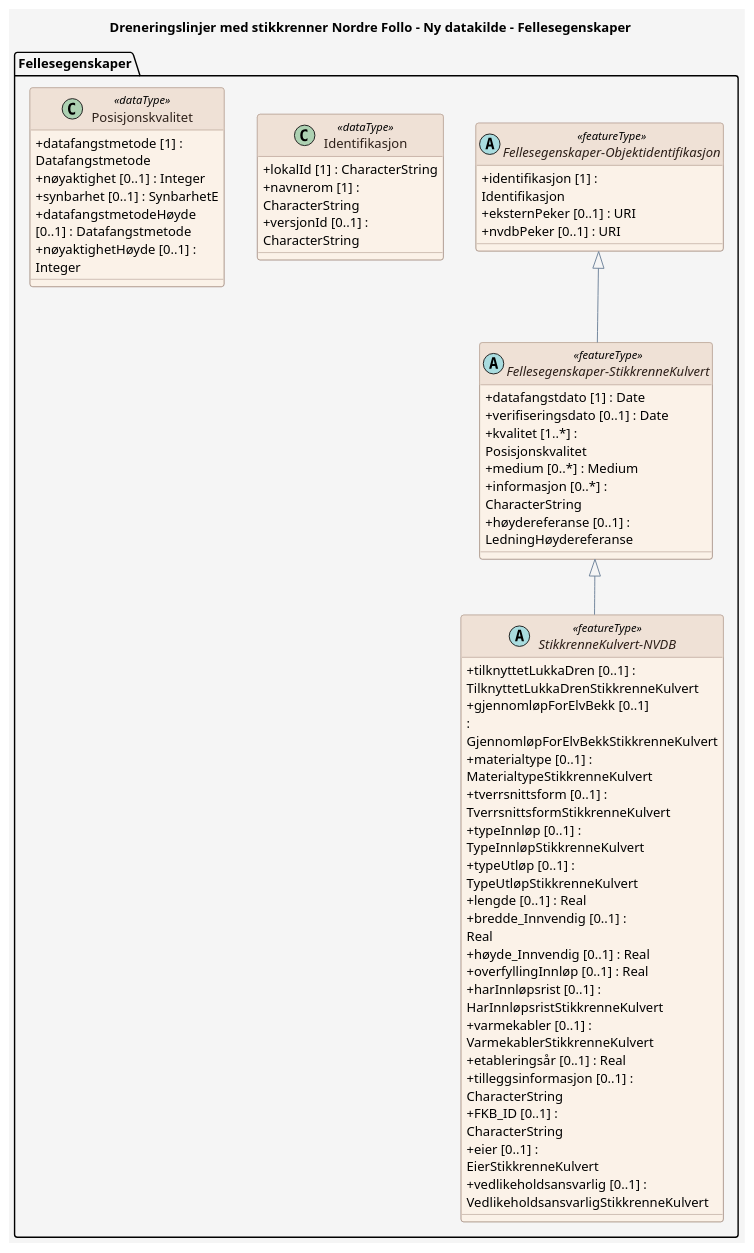
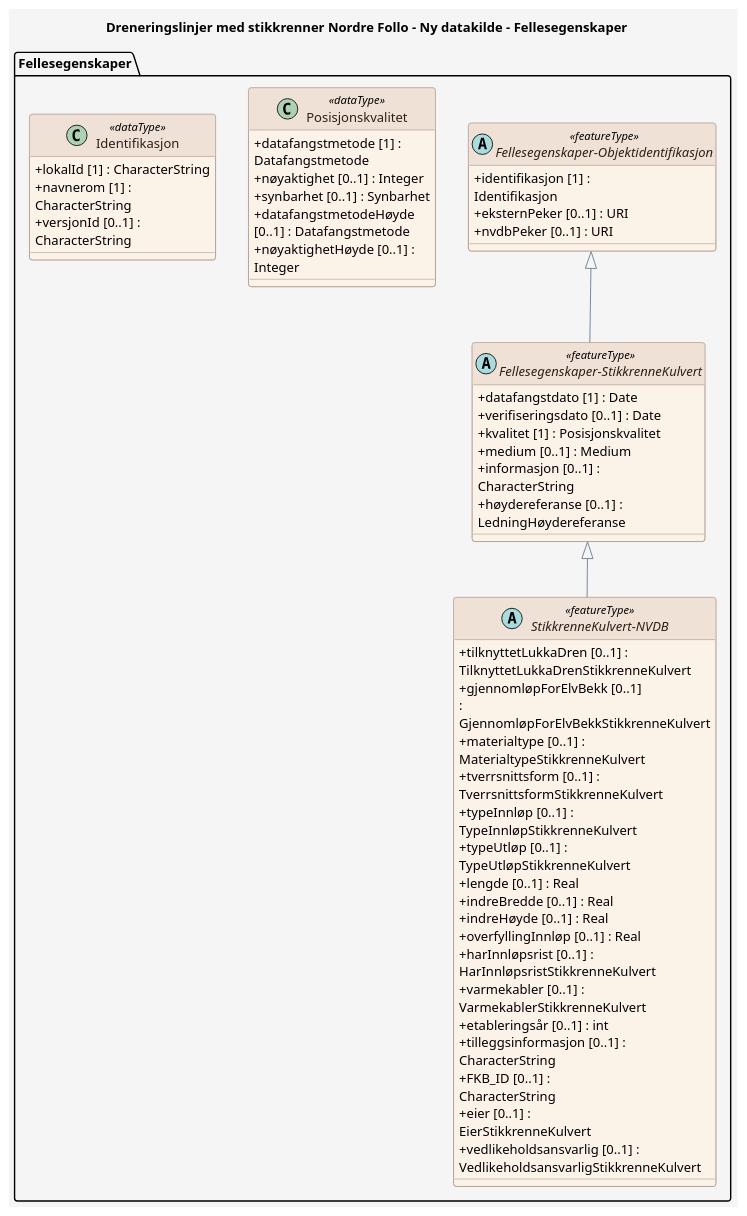
One commit to KentJonsrud/produktspesifikasjon_sommer changed the diagram in produktspesifikasjon/dreneringslinjer-med-stikkrenner-nordre-follo/ny-datakilde/ny-datakilde_feature_catalogue_Fellesegenskaper.puml. Above: the diagram before and after it, drawn with PlantUML. The commit also changed 28 other files, not shown here.

```diff
--- a/produktspesifikasjon/dreneringslinjer-med-stikkrenner-nordre-follo/ny-datakilde/ny-datakilde_feature_catalogue_Fellesegenskaper.puml
+++ b/produktspesifikasjon/dreneringslinjer-med-stikkrenner-nordre-follo/ny-datakilde/ny-datakilde_feature_catalogue_Fellesegenskaper.puml
@@ -1,86 +1,86 @@
 @startuml
 ' For wide diagrams, render with: plantuml -DPLANTUML_LIMIT_SIZE=16384 ...
 ' The 'scale max' directive below caps the rendered output to prevent the
 ' default PlantUML 4096px size limit from cropping the diagram.
 scale max 4000*4000
 
 title Dreneringslinjer med stikkrenner Nordre Follo - Ny datakilde - Fellesegenskaper
 
 skinparam backgroundColor #F5F5F5
 skinparam shadowing false
 skinparam RoundCorner 6
 skinparam ArrowColor #6C8198
 skinparam wrapWidth 200
 skinparam class {
   BackgroundColor #FBF2E8
   BorderColor #9C8578
   FontColor #2D201A
   HeaderBackgroundColor #EFE1D6
   HeaderFontColor #2D201A
   AttributeIconSize 0
 }
 skinparam note {
   BackgroundColor #FFFFFF
   BorderColor #6C8198
   FontColor #2D201A
 }
 skinparam stereotypeCBackgroundColor #EAD9CE
 skinparam stereotypeCBorderColor #9C8578
 skinparam stereotypeCFontColor #2D201A
 
 package "Fellesegenskaper" {
 
-  abstract class "Fellesegenskaper-Objektidentifikasjon" as Fellesegenskaper_Objektidentifikasjon <<featureType>> {
-    + identifikasjon [1] : Identifikasjon
-    + eksternPeker [0..1] : URI
-    + nvdbPeker [0..1] : URI
-  }
-
-  abstract class "Fellesegenskaper-StikkrenneKulvert" as Fellesegenskaper_StikkrenneKulvert <<featureType>> {
-    + datafangstdato [1] : Date
-    + verifiseringsdato [0..1] : Date
-    + kvalitet [1..*] : Posisjonskvalitet
-    + medium [0..*] : Medium
-    + informasjon [0..*] : CharacterString
-    + høydereferanse [0..1] : LedningHøydereferanse
-  }
-
   abstract class "StikkrenneKulvert-NVDB" as StikkrenneKulvert_NVDB <<featureType>> {
     + tilknyttetLukkaDren [0..1] : TilknyttetLukkaDrenStikkrenneKulvert
     + gjennomløpForElvBekk [0..1] : GjennomløpForElvBekkStikkrenneKulvert
     + materialtype [0..1] : MaterialtypeStikkrenneKulvert
     + tverrsnittsform [0..1] : TverrsnittsformStikkrenneKulvert
     + typeInnløp [0..1] : TypeInnløpStikkrenneKulvert
     + typeUtløp [0..1] : TypeUtløpStikkrenneKulvert
     + lengde [0..1] : Real
-    + bredde_Innvendig [0..1] : Real
-    + høyde_Innvendig [0..1] : Real
+    + indreBredde [0..1] : Real
+    + indreHøyde [0..1] : Real
     + overfyllingInnløp [0..1] : Real
     + harInnløpsrist [0..1] : HarInnløpsristStikkrenneKulvert
     + varmekabler [0..1] : VarmekablerStikkrenneKulvert
-    + etableringsår [0..1] : Real
+    + etableringsår [0..1] : int
     + tilleggsinformasjon [0..1] : CharacterString
     + FKB_ID [0..1] : CharacterString
     + eier [0..1] : EierStikkrenneKulvert
     + vedlikeholdsansvarlig [0..1] : VedlikeholdsansvarligStikkrenneKulvert
+  }
+
+  abstract class "Fellesegenskaper-StikkrenneKulvert" as Fellesegenskaper_StikkrenneKulvert <<featureType>> {
+    + datafangstdato [1] : Date
+    + verifiseringsdato [0..1] : Date
+    + kvalitet [1] : Posisjonskvalitet
+    + medium [0..1] : Medium
+    + informasjon [0..1] : CharacterString
+    + høydereferanse [0..1] : LedningHøydereferanse
+  }
+
+  abstract class "Fellesegenskaper-Objektidentifikasjon" as Fellesegenskaper_Objektidentifikasjon <<featureType>> {
+    + identifikasjon [1] : Identifikasjon
+    + eksternPeker [0..1] : URI
+    + nvdbPeker [0..1] : URI
+  }
+
+  class Posisjonskvalitet <<dataType>> {
+    + datafangstmetode [1] : Datafangstmetode
+    + nøyaktighet [0..1] : Integer
+    + synbarhet [0..1] : Synbarhet
+    + datafangstmetodeHøyde [0..1] : Datafangstmetode
+    + nøyaktighetHøyde [0..1] : Integer
   }
 
   class Identifikasjon <<dataType>> {
     + lokalId [1] : CharacterString
     + navnerom [1] : CharacterString
     + versjonId [0..1] : CharacterString
   }
-
-  class Posisjonskvalitet <<dataType>> {
-    + datafangstmetode [1] : Datafangstmetode
-    + nøyaktighet [0..1] : Integer
-    + synbarhet [0..1] : SynbarhetE
-    + datafangstmetodeHøyde [0..1] : Datafangstmetode
-    + nøyaktighetHøyde [0..1] : Integer
-  }
 }
 
+Fellesegenskaper_StikkrenneKulvert <|-- StikkrenneKulvert_NVDB
 Fellesegenskaper_Objektidentifikasjon <|-- Fellesegenskaper_StikkrenneKulvert
-Fellesegenskaper_StikkrenneKulvert <|-- StikkrenneKulvert_NVDB
 
 @enduml
```
